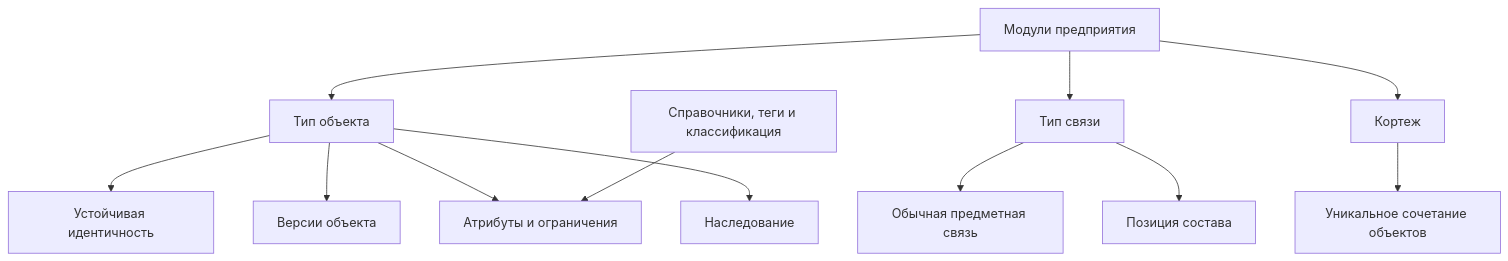
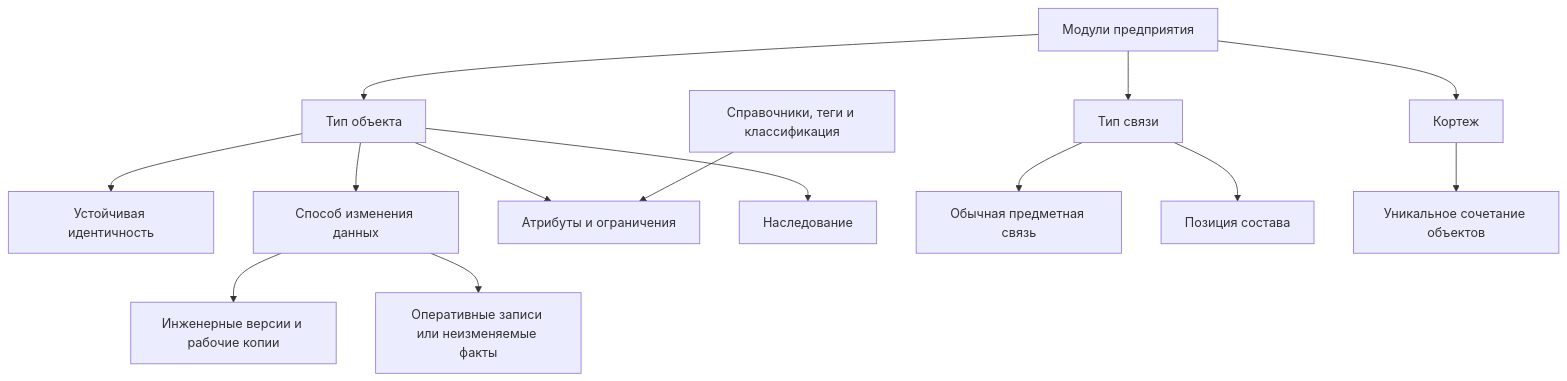
The diagram in docs/data-structure/02-type-system-capabilities.md (ZelAnton/Interlink-product-book), drawn with Mermaid before and after one commit. The commit also changed other lines of this file and 231 other files, not shown here.

````diff
--- a/docs/data-structure/02-type-system-capabilities.md
+++ b/docs/data-structure/02-type-system-capabilities.md
@@ -7,14 +9,16 @@
 ```mermaid
 flowchart TD
     A["Тип объекта"] --> B["Устойчивая идентичность"]
-    A --> C["Версии объекта"]
+    A --> C["Способ изменения данных"]
+    C --> M["Инженерные версии и рабочие копии"]
+    C --> N["Оперативные записи или неизменяемые факты"]
     A --> D["Атрибуты и ограничения"]
     A --> E["Наследование"]
     F["Тип связи"] --> G["Обычная предметная связь"]
     F --> H["Позиция состава"]
     I["Кортеж"] --> J["Уникальное сочетание объектов"]
     K["Справочники, теги и классификация"] --> D
     L["Модули предприятия"] --> A
     L --> F
     L --> I
 ```
````
